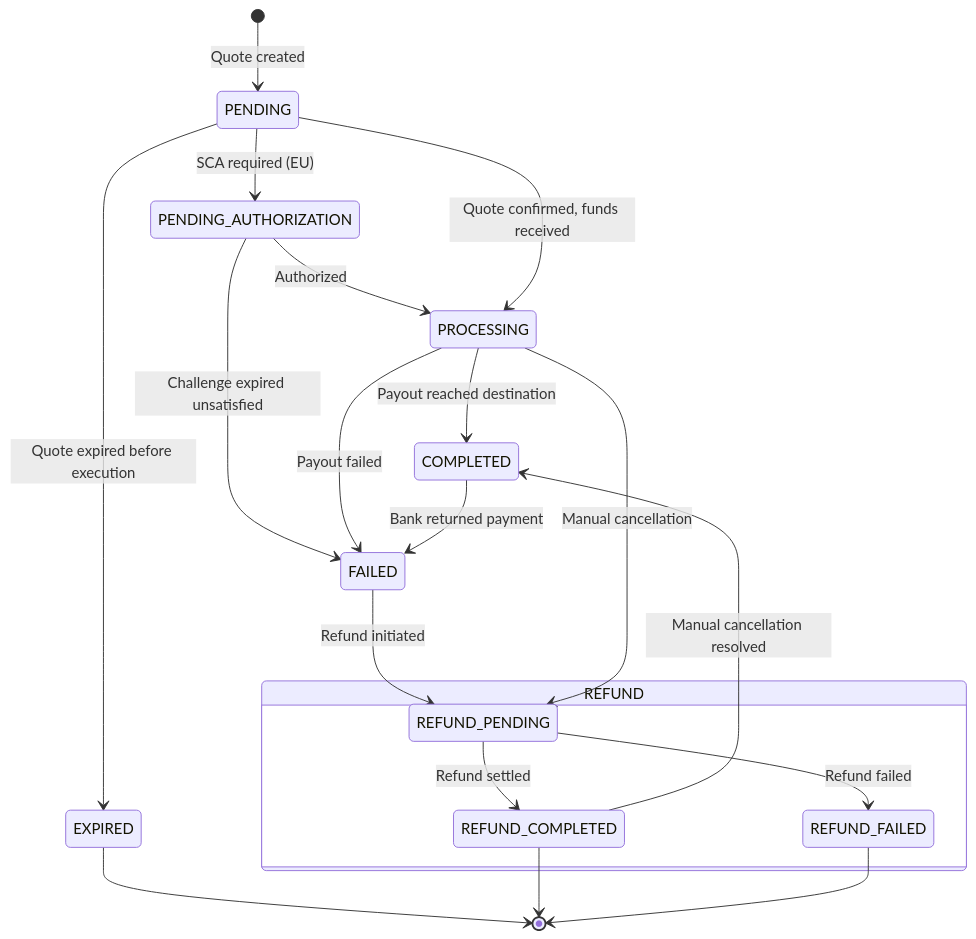
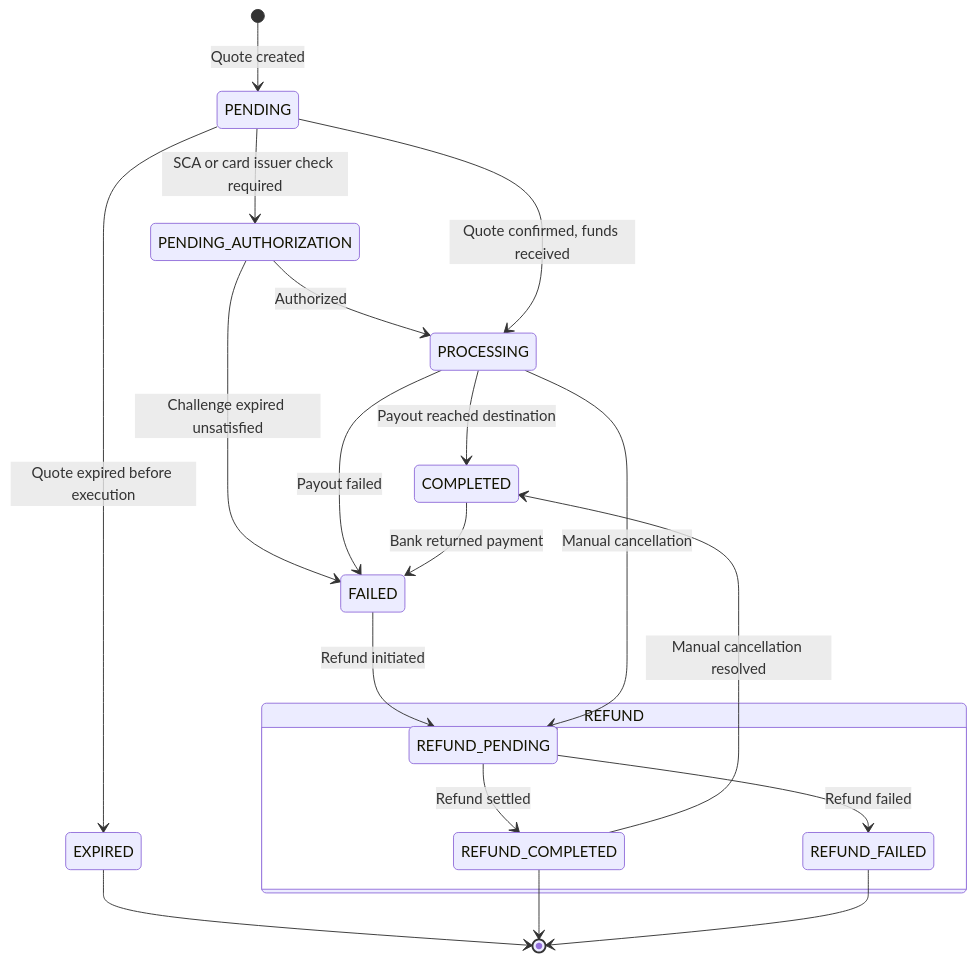
Before and after one commit to lightsparkdev/grid-api: the diagram in mintlify/platform-overview/core-concepts/transaction-lifecycle.mdx, drawn with Mermaid. The commit also changed other lines of this file and 25 other files, not shown here.

````diff
--- a/mintlify/platform-overview/core-concepts/transaction-lifecycle.mdx
+++ b/mintlify/platform-overview/core-concepts/transaction-lifecycle.mdx
@@ -124,22 +124,22 @@
 ```mermaid
 stateDiagram-v2
     [*] --> PENDING : Quote created
-    PENDING --> PENDING_AUTHORIZATION : SCA required (EU)
+    PENDING --> PENDING_AUTHORIZATION : SCA or card issuer check required
     PENDING_AUTHORIZATION --> PROCESSING : Authorized
     PENDING_AUTHORIZATION --> FAILED : Challenge expired unsatisfied
     PENDING --> PROCESSING : Quote confirmed, funds received
     PENDING --> EXPIRED : Quote expired before execution
     PROCESSING --> COMPLETED : Payout reached destination
     PROCESSING --> FAILED : Payout failed
     COMPLETED --> FAILED : Bank returned payment
     FAILED --> REFUND_PENDING : Refund initiated
     PROCESSING --> REFUND_PENDING : Manual cancellation
     state "REFUND" as refund {
         REFUND_PENDING --> REFUND_COMPLETED : Refund settled
         REFUND_PENDING --> REFUND_FAILED : Refund failed
     }
     REFUND_COMPLETED --> COMPLETED : Manual cancellation resolved
     EXPIRED --> [*]
     REFUND_COMPLETED --> [*]
     REFUND_FAILED --> [*]
 ```
````
